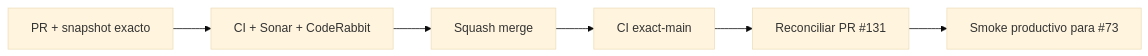
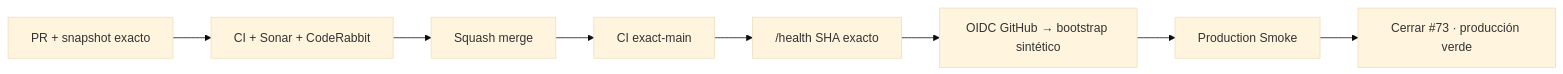
Before and after one commit to pl0n3r/GrindFlow: the diagram in README.md, drawn with Mermaid (base theme). The commit also changed other lines of this file and 14 other files, not shown here.

First line of the commit message:
fix(production): recover authenticated smoke with fail-closed OIDC bootstrap (V 0.1.123)

````diff
--- a/README.md
+++ b/README.md
@@ -47,8 +48,10 @@
 ```mermaid
 flowchart LR
  A["PR + snapshot exacto"] --> C["CI + Sonar + CodeRabbit"]
  C --> M["Squash merge"]
  M --> X["CI exact-main"]
- X --> S["Reconciliar PR #131"]
- S --> G["Smoke productivo para #73"]
+ X --> H["/health SHA exacto"]
+ H --> O["OIDC GitHub → bootstrap sintético"]
+ O --> S["Production Smoke"]
+ S --> G["Cerrar #73 · producción verde"]
 ```
````
